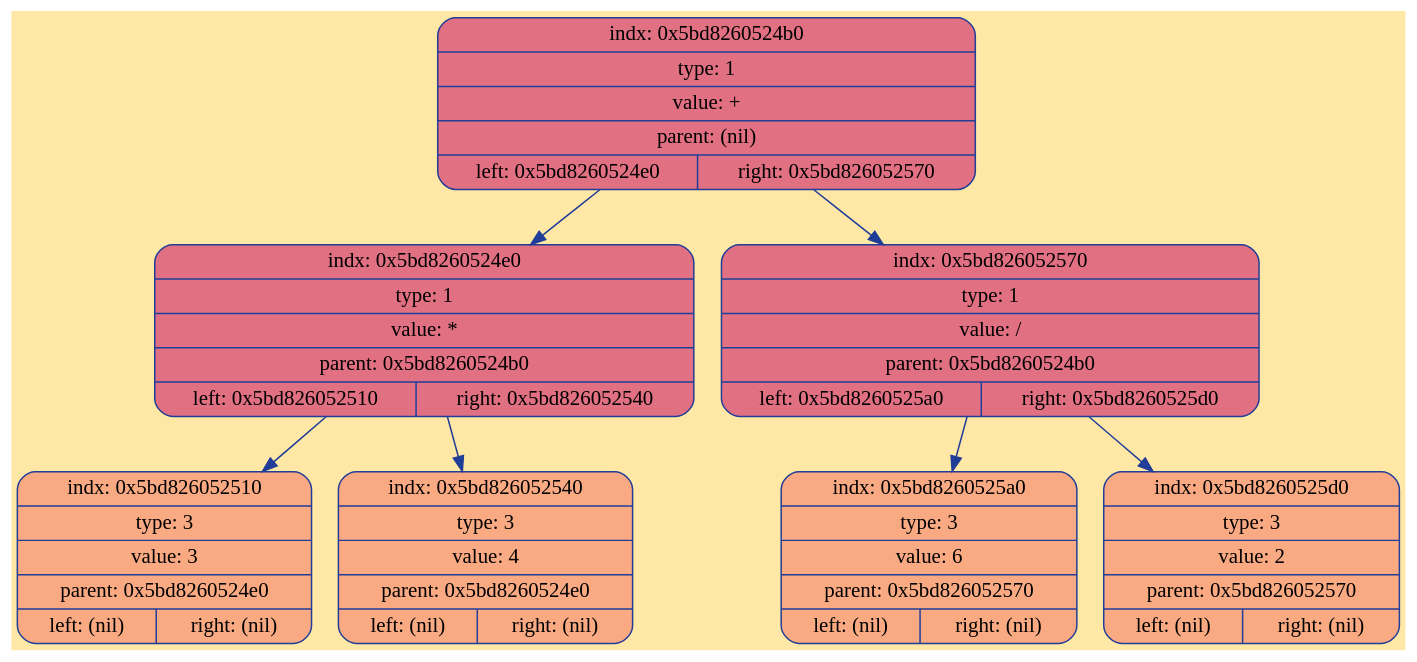
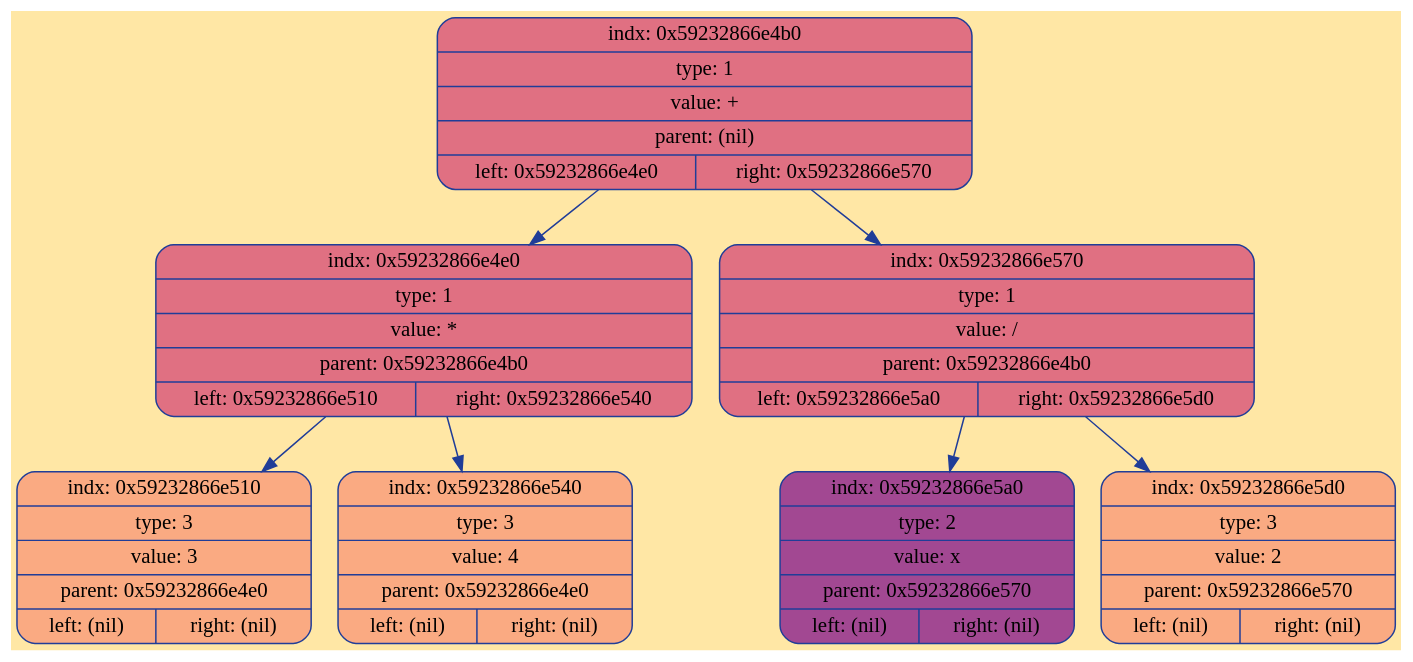
The diagram in debug/tree.dot (ksshkh/differentiator), drawn with Graphviz before and after one commit. The commit also changed 10 other files, not shown here.

```diff
--- a/debug/tree.dot
+++ b/debug/tree.dot
@@ -1,19 +1,19 @@
 digraph Tree {
 	rankdir = TB;
 	node [shape = record];
 	edge [color = "#203D98"];
 	bgcolor = "#FFE7A5";
-	node0x5bd8260524b0 [color = "#203D98", shape = Mrecord, style = filled, fillcolor = "#E07082", label = "{indx: 0x5bd8260524b0 | type: 1 | value: + | parent: (nil) | { left: 0x5bd8260524e0 | right: 0x5bd826052570}}"];
-		node0x5bd8260524b0 -> node0x5bd8260524e0
-	node0x5bd8260524e0 [color = "#203D98", shape = Mrecord, style = filled, fillcolor = "#E07082", label = "{indx: 0x5bd8260524e0 | type: 1 | value: * | parent: 0x5bd8260524b0 | { left: 0x5bd826052510 | right: 0x5bd826052540}}"];
-		node0x5bd8260524e0 -> node0x5bd826052510
-	node0x5bd826052510 [color = "#203D98", shape = Mrecord, style = filled, fillcolor = "#FAAA82", label = "{indx: 0x5bd826052510 | type: 3 | value: 3 | parent: 0x5bd8260524e0 | { left: (nil) | right: (nil)}}"];
-		node0x5bd8260524e0 -> node0x5bd826052540
-	node0x5bd826052540 [color = "#203D98", shape = Mrecord, style = filled, fillcolor = "#FAAA82", label = "{indx: 0x5bd826052540 | type: 3 | value: 4 | parent: 0x5bd8260524e0 | { left: (nil) | right: (nil)}}"];
-		node0x5bd8260524b0 -> node0x5bd826052570
-	node0x5bd826052570 [color = "#203D98", shape = Mrecord, style = filled, fillcolor = "#E07082", label = "{indx: 0x5bd826052570 | type: 1 | value: / | parent: 0x5bd8260524b0 | { left: 0x5bd8260525a0 | right: 0x5bd8260525d0}}"];
-		node0x5bd826052570 -> node0x5bd8260525a0
-	node0x5bd8260525a0 [color = "#203D98", shape = Mrecord, style = filled, fillcolor = "#FAAA82", label = "{indx: 0x5bd8260525a0 | type: 3 | value: 6 | parent: 0x5bd826052570 | { left: (nil) | right: (nil)}}"];
-		node0x5bd826052570 -> node0x5bd8260525d0
-	node0x5bd8260525d0 [color = "#203D98", shape = Mrecord, style = filled, fillcolor = "#FAAA82", label = "{indx: 0x5bd8260525d0 | type: 3 | value: 2 | parent: 0x5bd826052570 | { left: (nil) | right: (nil)}}"];
+	node0x59232866e4b0 [color = "#203D98", shape = Mrecord, style = filled, fillcolor = "#E07082", label = "{indx: 0x59232866e4b0 | type: 1 | value: + | parent: (nil) | { left: 0x59232866e4e0 | right: 0x59232866e570}}"];
+		node0x59232866e4b0 -> node0x59232866e4e0
+	node0x59232866e4e0 [color = "#203D98", shape = Mrecord, style = filled, fillcolor = "#E07082", label = "{indx: 0x59232866e4e0 | type: 1 | value: * | parent: 0x59232866e4b0 | { left: 0x59232866e510 | right: 0x59232866e540}}"];
+		node0x59232866e4e0 -> node0x59232866e510
+	node0x59232866e510 [color = "#203D98", shape = Mrecord, style = filled, fillcolor = "#FAAA82", label = "{indx: 0x59232866e510 | type: 3 | value: 3 | parent: 0x59232866e4e0 | { left: (nil) | right: (nil)}}"];
+		node0x59232866e4e0 -> node0x59232866e540
+	node0x59232866e540 [color = "#203D98", shape = Mrecord, style = filled, fillcolor = "#FAAA82", label = "{indx: 0x59232866e540 | type: 3 | value: 4 | parent: 0x59232866e4e0 | { left: (nil) | right: (nil)}}"];
+		node0x59232866e4b0 -> node0x59232866e570
+	node0x59232866e570 [color = "#203D98", shape = Mrecord, style = filled, fillcolor = "#E07082", label = "{indx: 0x59232866e570 | type: 1 | value: / | parent: 0x59232866e4b0 | { left: 0x59232866e5a0 | right: 0x59232866e5d0}}"];
+		node0x59232866e570 -> node0x59232866e5a0
+	node0x59232866e5a0 [color = "#203D98", shape = Mrecord, style = filled, fillcolor = "#A24892", label = "{indx: 0x59232866e5a0 | type: 2 | value: x | parent: 0x59232866e570 | { left: (nil) | right: (nil)}}"];
+		node0x59232866e570 -> node0x59232866e5d0
+	node0x59232866e5d0 [color = "#203D98", shape = Mrecord, style = filled, fillcolor = "#FAAA82", label = "{indx: 0x59232866e5d0 | type: 3 | value: 2 | parent: 0x59232866e570 | { left: (nil) | right: (nil)}}"];
 }
```
